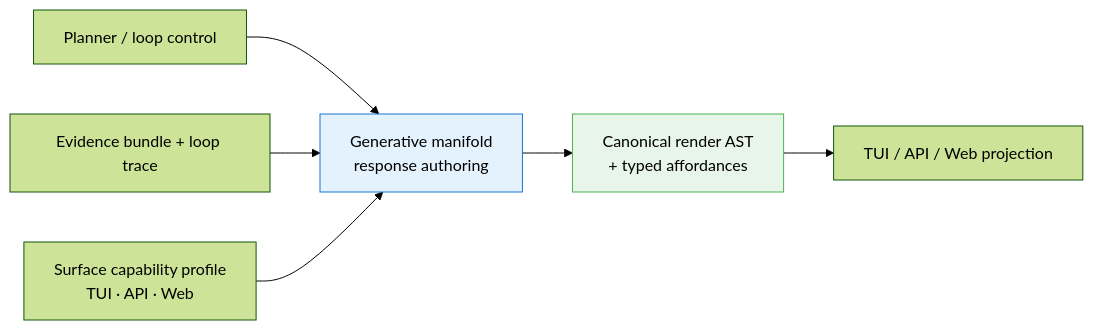
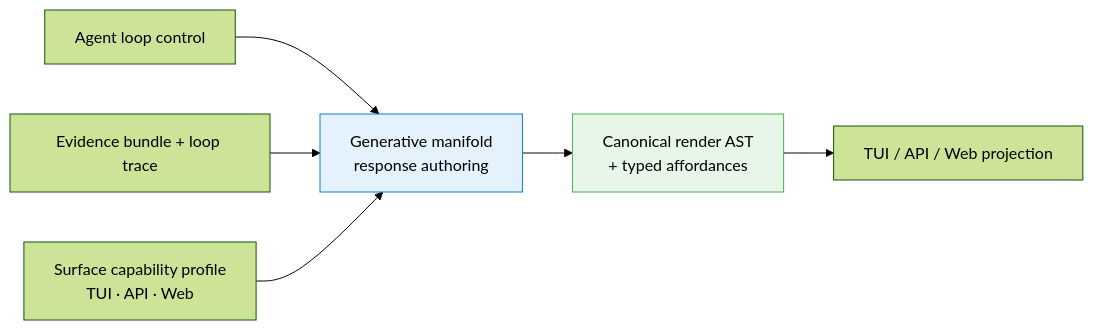
Before and after one commit to spoke-sh/paddles: the first of 3 diagrams in ARCHITECTURE.md, drawn with Mermaid (forest theme). The commit also changed other lines of this file and 17 other files, not shown here.

````diff
--- a/ARCHITECTURE.md
+++ b/ARCHITECTURE.md
@@ -121,17 +142,17 @@
 ```mermaid
 flowchart LR
-    Planner["Planner / loop control"]
+    Planner["Agent loop control"]
     Evidence["Evidence bundle + loop trace"]
     Surface["Surface capability profile<br/>TUI · API · Web"]
     Manifold["Generative manifold<br/>response authoring"]
     Render["Canonical render AST<br/>+ typed affordances"]
     Project["TUI / API / Web projection"]
 
     Planner --> Manifold
     Evidence --> Manifold
     Surface --> Manifold
     Manifold --> Render --> Project
 
     style Manifold fill:#e3f2fd,stroke:#1976d2
     style Render fill:#e8f5e9,stroke:#4CAF50
 ```
````
